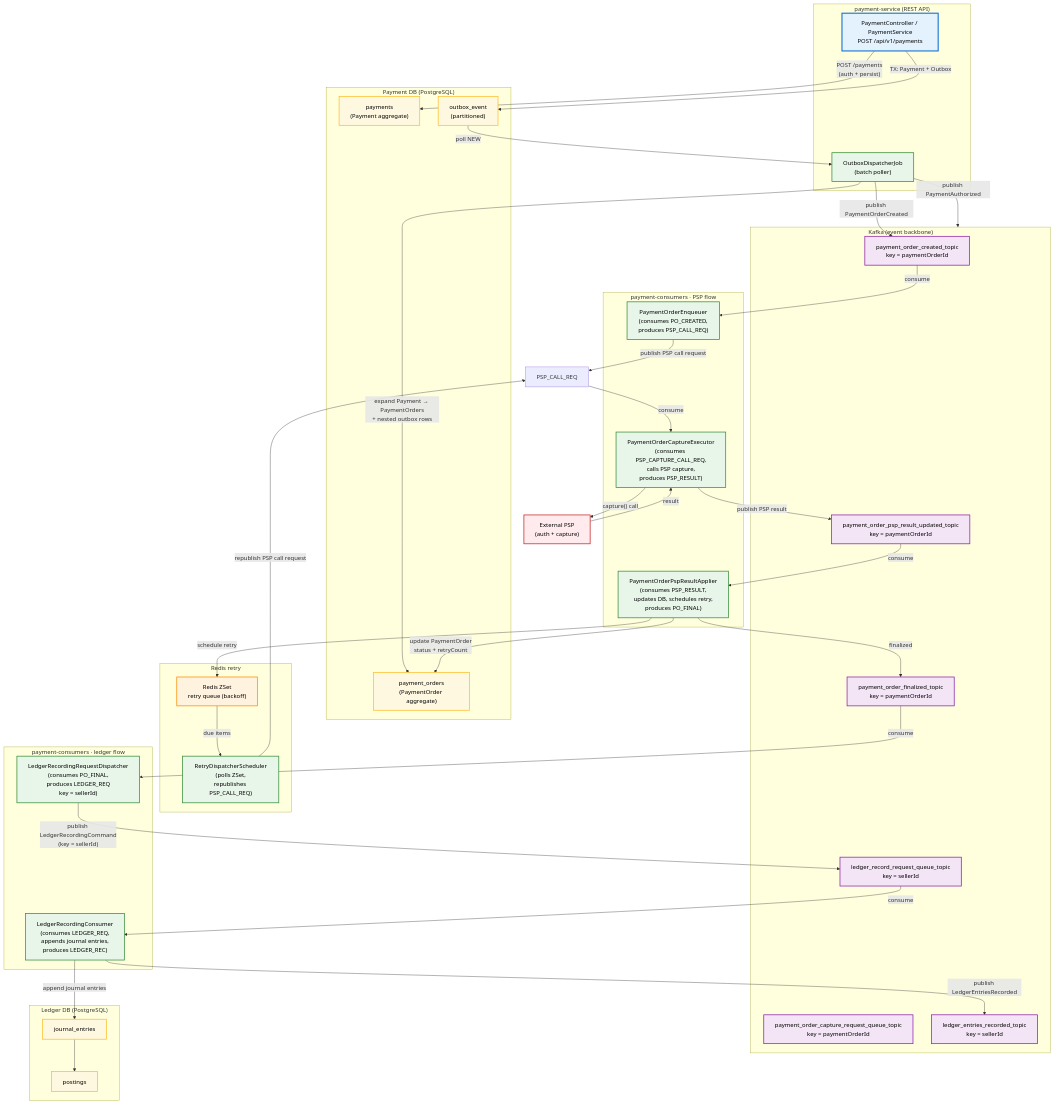
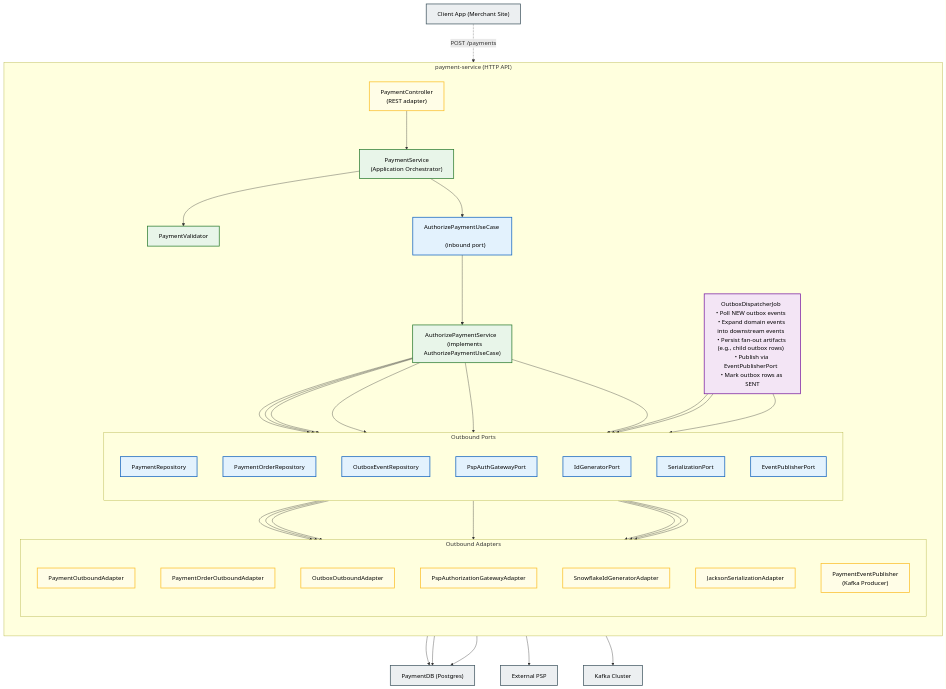
One commit to dcaglar/ecommerce-platform-kotlin changed the third of 3 diagrams in docs/architecture-internal-reader.md. Above: the diagram before and after it, drawn with Mermaid. The commit also changed other lines of this file, not shown here.

````diff
--- a/docs/architecture-internal-reader.md
+++ b/docs/architecture-internal-reader.md
@@ -847,93 +297,106 @@
 ```mermaid
+%%{init:{'theme':'default','flowchart':{'nodeSpacing':70,'rankSpacing':80}}}%%
 flowchart TB
-    classDef api fill:#e3f2fd,stroke:#1976D2,stroke-width:3px,color:#000
-    classDef db fill:#fff8e1,stroke:#FBC02D,stroke-width:2px,color:#000
-    classDef kafka fill:#f3e5f5,stroke:#8E24AA,stroke-width:2px,color:#000
-    classDef svc fill:#e8f5e9,stroke:#388E3C,stroke-width:2px,color:#000
-    classDef ext fill:#ffebee,stroke:#C62828,stroke-width:2px,color:#000
-    classDef redis fill:#fff3e0,stroke:#FB8C00,stroke-width:2px,color:#000
 
-    %% API + DB
-    subgraph API["payment-service (REST API)"]
-      REST["PaymentController / PaymentService\nPOST /api/v1/payments"]:::api
-      OutboxJob["OutboxDispatcherJob\n(batch poller)"]:::svc
+%% STYLES
+classDef adapter fill:#FFFDE7,stroke:#FBC02D,stroke-width:2px,color:#000;
+classDef app fill:#E8F5E9,stroke:#2E7D32,stroke-width:2px,color:#000;
+classDef port fill:#E3F2FD,stroke:#1565C0,stroke-width:2px,color:#000;
+classDef job fill:#F3E5F5,stroke:#7B1FA2,stroke-width:2px,color:#000;
+classDef infra fill:#ECEFF1,stroke:#455A64,stroke-width:2px,color:#000;
+
+%% Container Boundary
+subgraph PaymentService["payment-service (HTTP API)"]
+direction TB
+
+    %% Inbound Adapter
+    PaymentController["PaymentController  
+    (REST adapter)"]:::adapter
+
+    %% Application Layer
+    PaymentServiceBean["PaymentService  
+    (Application Orchestrator)"]:::app
+
+    PaymentValidator["PaymentValidator"]:::app
+
+    AuthorizePaymentService["AuthorizePaymentService  
+    (implements AuthorizePaymentUseCase)"]:::app
+
+    %% Inbound Port
+    AuthorizePaymentUseCase["AuthorizePaymentUseCase  
+    (inbound port)"]:::port
+
+    %% Outbound Ports
+    subgraph OutboundPorts["Outbound Ports"]
+    direction TB
+        PaymentRepository["PaymentRepository"]:::port
+        PaymentOrderRepository["PaymentOrderRepository"]:::port
+        OutboxRepository["OutboxEventRepository"]:::port
+        PspAuthGatewayPort["PspAuthGatewayPort"]:::port
+        IdGeneratorPort["IdGeneratorPort"]:::port
+        SerializationPort["SerializationPort"]:::port
+        EventPublisherPort["EventPublisherPort"]:::port
     end
 
-    subgraph DB["Payment DB (PostgreSQL)"]
-      PaymentTbl["payments\n(Payment aggregate)"]:::db
-      PaymentOrderTbl["payment_orders\n(PaymentOrder aggregate)"]:::db
-      OutboxTbl["outbox_event\n(partitioned)"]:::db
+    %% Outbound Adapters
+    subgraph OutboundAdapters["Outbound Adapters"]
+    direction TB
+        PaymentAdapter["PaymentOutboundAdapter"]:::adapter
+        PaymentOrderAdapter["PaymentOrderOutboundAdapter"]:::adapter
+        OutboxAdapter["OutboxOutboundAdapter"]:::adapter
+        PspAdapter["PspAuthorizationGatewayAdapter"]:::adapter
+        IdGenAdapter["SnowflakeIdGeneratorAdapter"]:::adapter
+        SerializationAdapter["JacksonSerializationAdapter"]:::adapter
+        EventPublisherAdapter["PaymentEventPublisher  
+        (Kafka Producer)"]:::adapter
     end
 
-    %% Kafka backbone
-    subgraph Backbone["Kafka (event backbone)"]
-      PO_CREATED["payment_order_created_topic\nkey = paymentOrderId"]:::kafka
-      PSP_CAPTURE_CALL_REQ["payment_order_capture_request_queue_topic\nkey = paymentOrderId"]:::kafka
-      PSP_RESULT["payment_order_psp_result_updated_topic\nkey = paymentOrderId"]:::kafka
-      PO_FINAL["payment_order_finalized_topic\nkey = paymentOrderId"]:::kafka
-      LEDGER_REQ["ledger_record_request_queue_topic\nkey = sellerId"]:::kafka
-      LEDGER_REC["ledger_entries_recorded_topic\nkey = sellerId"]:::kafka
-    end
+    %% Scheduled Job
+    OutboxDispatcher["OutboxDispatcherJob  
+• Poll NEW outbox events  
+• Expand domain events into downstream events  
+• Persist fan-out artifacts (e.g., child outbox rows)  
+• Publish via EventPublisherPort  
+• Mark outbox rows as SENT"]:::job
 
-    %% PSP flow (payment-consumers)
-    subgraph PSP_FLOW["payment-consumers · PSP flow"]
-      Enqueuer["PaymentOrderEnqueuer\n(consumes PO_CREATED,\nproduces PSP_CALL_REQ)"]:::svc
-      PspExec["PaymentOrderCaptureExecutor\n(consumes PSP_CAPTURE_CALL_REQ,\ncalls PSP capture,\nproduces PSP_RESULT)"]:::svc
-      PspApply["PaymentOrderPspResultApplier\n(consumes PSP_RESULT,\nupdates DB, schedules retry,\nproduces PO_FINAL)"]:::svc
-    end
+end
 
-    subgraph RetryFlow["Redis retry"]
-      RetryZSet["Redis ZSet\nretry queue (backoff)"]:::redis
-      RetrySched["RetryDispatcherScheduler\n(polls ZSet,\nrepublishes PSP_CALL_REQ)"]:::svc
-    end
+%% External Dependencies
+PaymentDB["PaymentDB (Postgres)"]:::infra
+Kafka["Kafka Cluster"]:::infra
+PSP["External PSP"]:::infra
+ClientApp["Client App (Merchant Site)"]:::infra
 
-    %% Ledger flow (payment-consumers)
-    subgraph LedgerFlow["payment-consumers · ledger flow"]
-      LedgerDisp["LedgerRecordingRequestDispatcher\n(consumes PO_FINAL,\nproduces LEDGER_REQ\nkey = sellerId)"]:::svc
-      LedgerCons["LedgerRecordingConsumer\n(consumes LEDGER_REQ,\nappends journal entries,\nproduces LEDGER_REC)"]:::svc
-    end
+%% Flows
+ClientApp -. "POST /payments" .-> PaymentController
 
-    subgraph LedgerDB["Ledger DB (PostgreSQL)"]
-      Journal["journal_entries"]:::db
-      Postings["postings"]:::db
-    end
+PaymentController --> PaymentServiceBean
+PaymentServiceBean --> PaymentValidator
+PaymentServiceBean --> AuthorizePaymentUseCase
+AuthorizePaymentUseCase --> AuthorizePaymentService
 
-    PSP["External PSP\n(auth + capture)"]:::ext
+%% Application → outbound ports
+AuthorizePaymentService --> PaymentRepository
+AuthorizePaymentService --> PaymentOrderRepository
+AuthorizePaymentService --> OutboxRepository
+AuthorizePaymentService --> PspAuthGatewayPort
+AuthorizePaymentService --> IdGeneratorPort
+AuthorizePaymentService --> SerializationPort
 
-    %% API -> DB
-    REST -->|"POST /payments\n(auth + persist)"| PaymentTbl
-    REST -->|"TX: Payment + Outbox"| OutboxTbl
+%% Adapters wiring
+PaymentRepository --> PaymentAdapter --> PaymentDB
+PaymentOrderRepository --> PaymentOrderAdapter --> PaymentDB
+OutboxRepository --> OutboxAdapter --> PaymentDB
 
-    %% Outbox dispatcher
-    OutboxTbl -->|"poll NEW"| OutboxJob
-    OutboxJob -->|"expand Payment → PaymentOrders\n+ nested outbox rows"| PaymentOrderTbl
-    OutboxJob -->|"publish PaymentOrderCreated"| PO_CREATED
-    OutboxJob -->|"publish PaymentAuthorized"| Backbone
+PspAuthGatewayPort --> PspAdapter --> PSP
+IdGeneratorPort --> IdGenAdapter
+SerializationPort --> SerializationAdapter
 
-    %% PSP flow wiring
-    PO_CREATED -->|"consume"| Enqueuer
-    Enqueuer -->|"publish PSP call request"| PSP_CALL_REQ
+%% Event Publishing path
+EventPublisherPort --> EventPublisherAdapter --> Kafka
 
-    PSP_CALL_REQ -->|"consume"| PspExec
-    PspExec -->|"capture() call"| PSP
-    PSP -->|"result"| PspExec
-    PspExec -->|"publish PSP result"| PSP_RESULT
-
-    PSP_RESULT -->|"consume"| PspApply
-    PspApply -->|"update PaymentOrder\nstatus + retryCount"| PaymentOrderTbl
-    PspApply -->|"finalized"| PO_FINAL
-    PspApply -->|"schedule retry"| RetryZSet
-
-    %% Retry pipeline
-    RetryZSet -->|"due items"| RetrySched
-    RetrySched -->|"republish PSP call request"| PSP_CALL_REQ
-
-    %% Ledger flow wiring
-    PO_FINAL -->|"consume"| LedgerDisp
-    LedgerDisp -->|"publish LedgerRecordingCommand\n(key = sellerId)"| LEDGER_REQ
-
-    LEDGER_REQ -->|"consume"| LedgerCons
-    LedgerCons -->|"append journal entries"| Journal
-    Journal --> Postings
-    LedgerCons -->|"publish LedgerEntriesRecorded"| LEDGER_REC
+%% Outbox Job (NO direct Kafka call)
+OutboxDispatcher --> OutboxRepository
+OutboxDispatcher --> PaymentOrderRepository
+OutboxDispatcher --> EventPublisherPort
 ```
````
